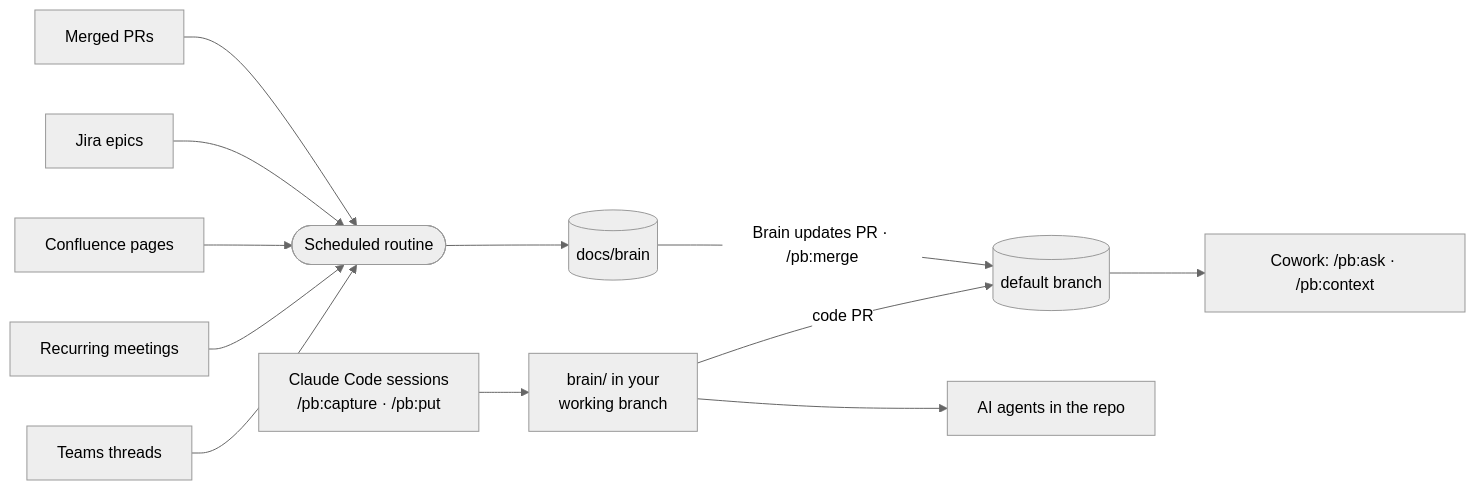
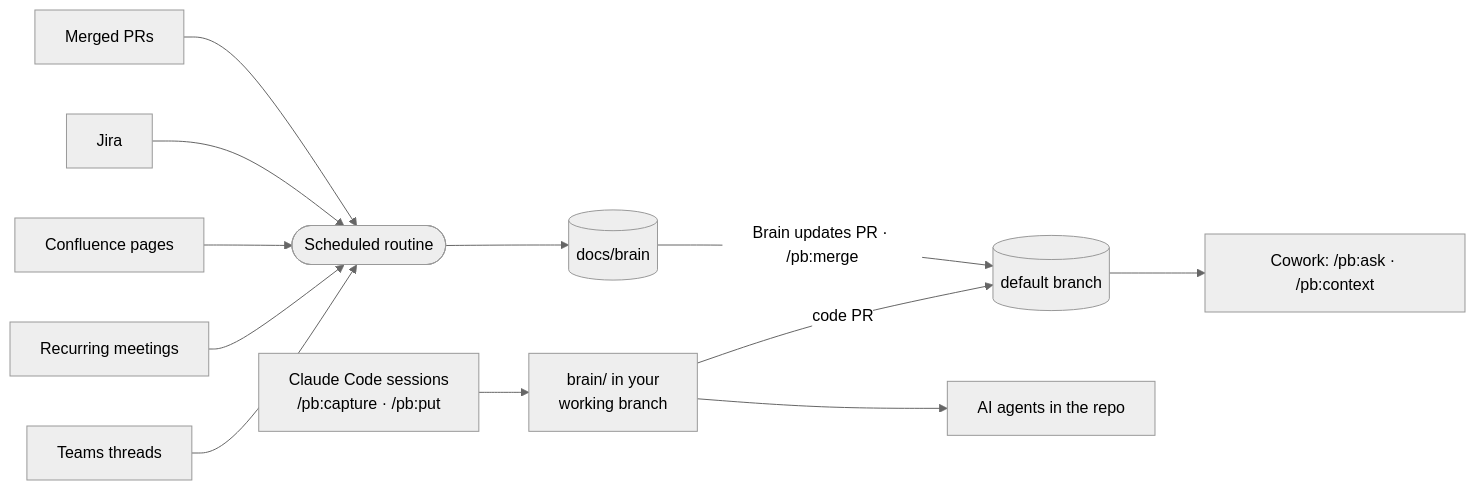
Before and after one commit to minox86/project-brain: the diagram in README.md, drawn with Mermaid (neutral theme). The commit also changed other lines of this file and 76 other files, not shown here.

First line of the commit message:
feat!: /pb:questions, contracts and processes in the schema, a brain readable on GitHub

````diff
--- a/README.md
+++ b/README.md
@@ -34,14 +34,14 @@
 ```mermaid
 flowchart LR
     D[Claude Code sessions<br>/pb:capture · /pb:put] --> WB[brain/ in your<br>working branch]
     WB -- code PR --> K[(default branch)]
     T[Teams threads] --> R
     M[Recurring meetings] --> R
     C[Confluence pages] --> R
-    J[Jira epics] --> R
+    J[Jira] --> R
     P[Merged PRs] --> R
     R([Scheduled routine]) --> B[(docs/brain)]
     B -- Brain updates PR · /pb:merge --> K
     K --> W[Cowork: /pb:ask · /pb:context]
     WB --> A[AI agents in the repo]
 ```
````
